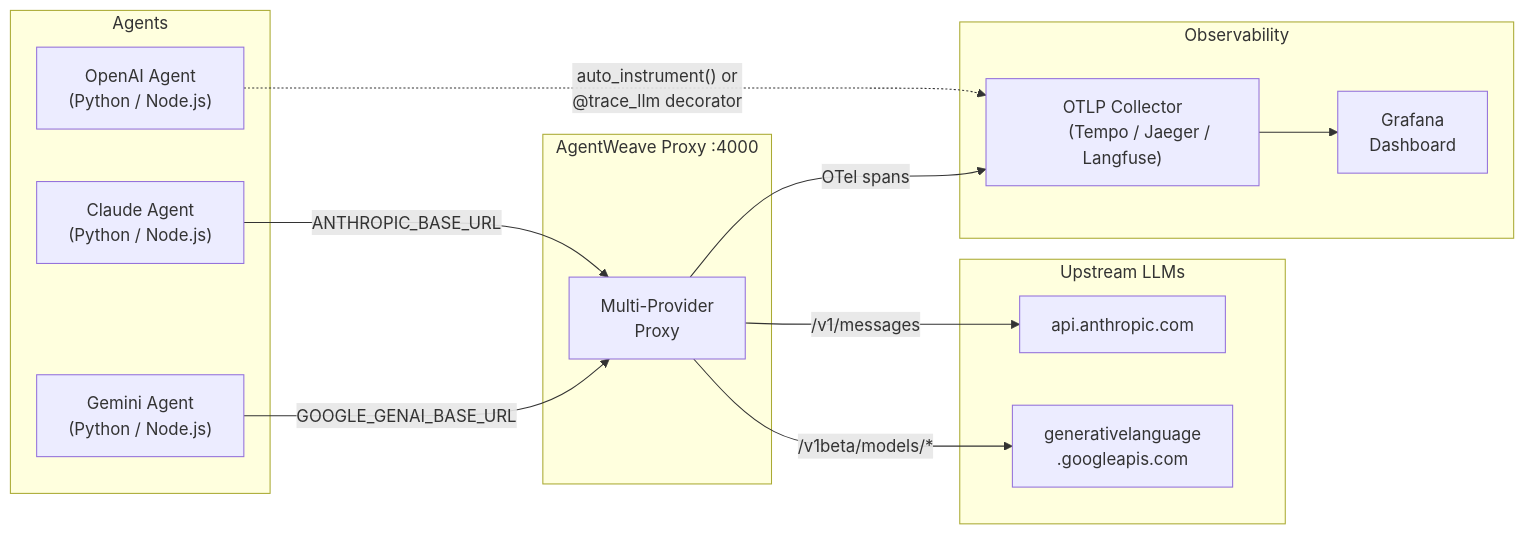
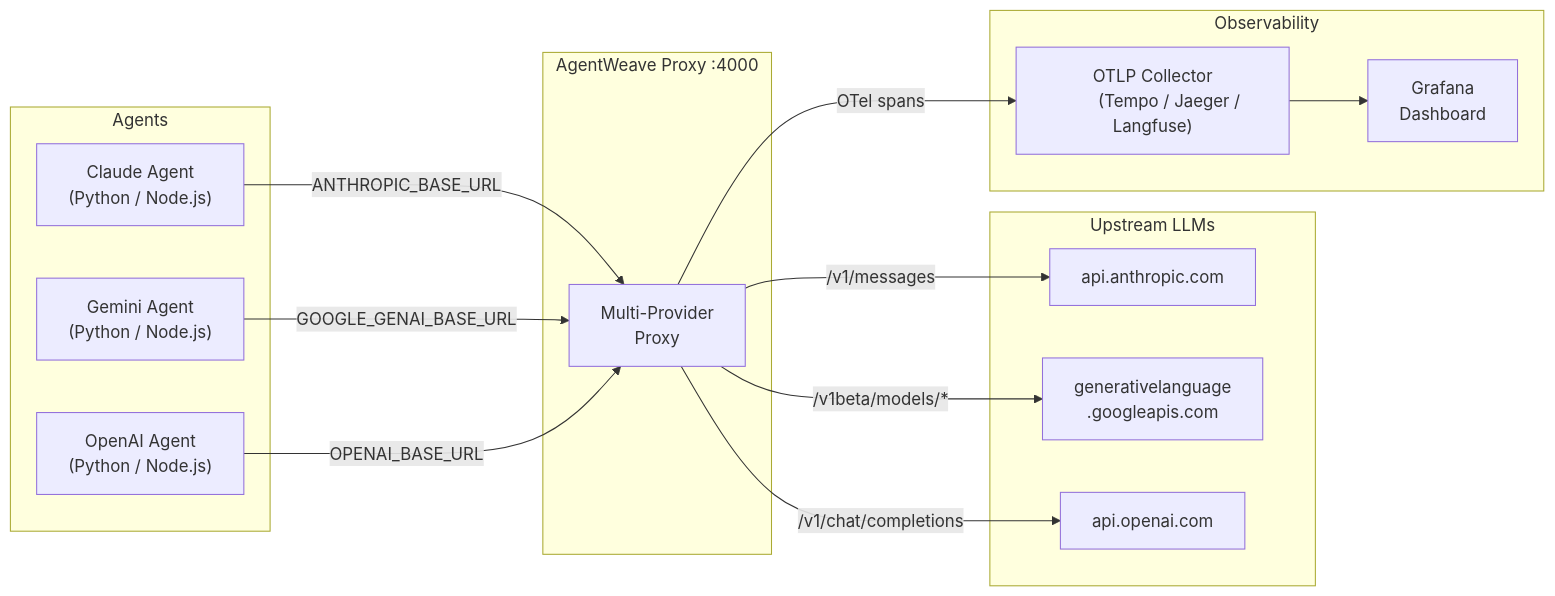
Before and after one commit to arniesaha/agentweave: the diagram in README.md, drawn with Mermaid. The commit also changed other lines of this file and 2 other files, not shown here.

Commit message:
feat: add OpenAI upstream support to proxy (#35)
Add OpenAI as a third upstream provider in the AgentWeave proxy,
enabling zero-code instrumentation for agents using the OpenAI SDK.

- Detect /v1/chat/completions, /v1/completions, /v1/embeddings as OpenAI paths
- Route to api.openai.com with text/event-stream for streaming
- Parse OpenAI response format for token counts, stop reason, and preview
- Parse OpenAI SSE streaming with usage from final chunk
- Dual-emit gen_ai.* OTel semantic conventions for OpenAI spans
- Add 17 unit tests for provider detection and OpenAI parsers
- Update README mermaid diagram and proxy docs with OpenAI

````diff
--- a/README.md
+++ b/README.md
@@ -21,39 +21,40 @@
 ```mermaid
 graph LR
     subgraph Agents
         A1["Claude Agent
         (Python / Node.js)"]
         A2["Gemini Agent
         (Python / Node.js)"]
         A3["OpenAI Agent
         (Python / Node.js)"]
     end
 
     subgraph AgentWeave Proxy :4000
         P["Multi-Provider
         Proxy"]
     end
 
     subgraph Upstream LLMs
         AN[api.anthropic.com]
         GO["generativelanguage
         .googleapis.com"]
+        OA[api.openai.com]
     end
 
     subgraph Observability
         OT["OTLP Collector
         (Tempo / Jaeger / Langfuse)"]
         GR["Grafana
         Dashboard"]
     end
 
     A1 -- "ANTHROPIC_BASE_URL" --> P
     A2 -- "GOOGLE_GENAI_BASE_URL" --> P
-    A3 -. "auto_instrument() or
-    @trace_llm decorator" .-> OT
+    A3 -- "OPENAI_BASE_URL" --> P
 
     P -- "/v1/messages" --> AN
     P -- "/v1beta/models/*" --> GO
+    P -- "/v1/chat/completions" --> OA
     P -- "OTel spans" --> OT
     OT --> GR
 ```
````
